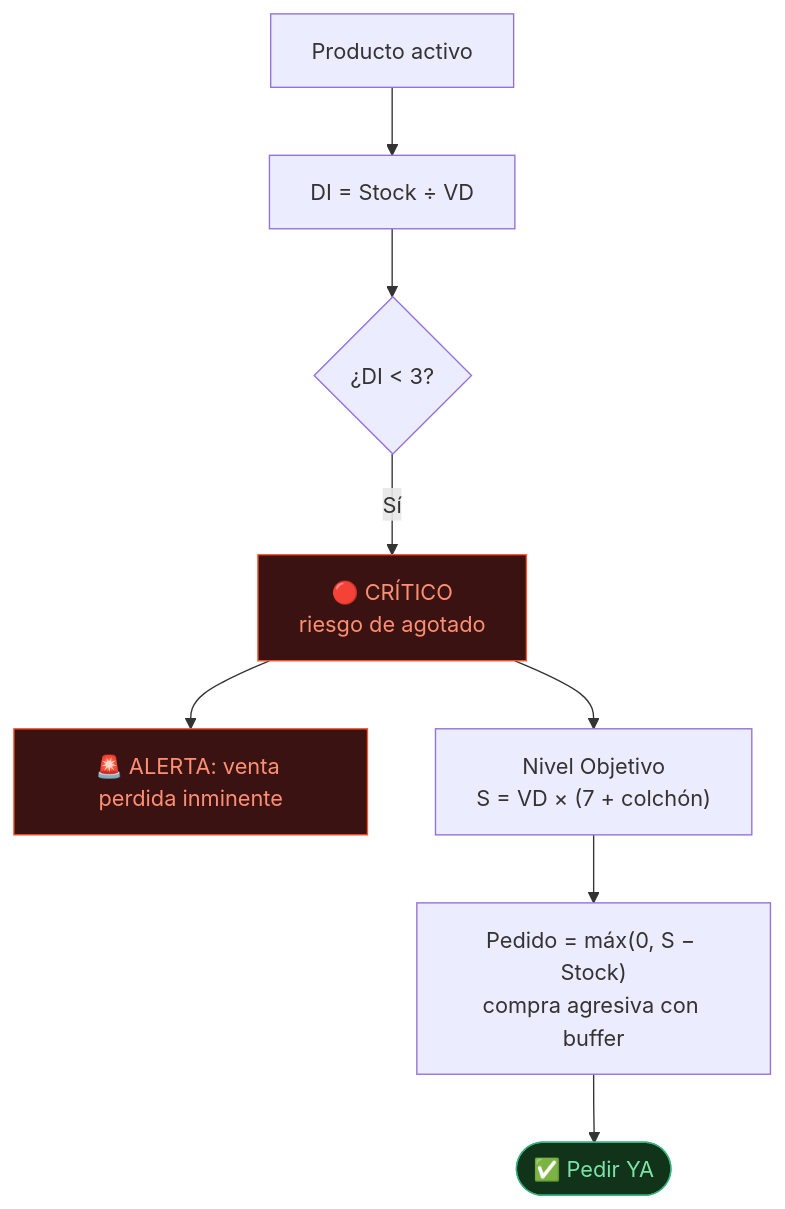
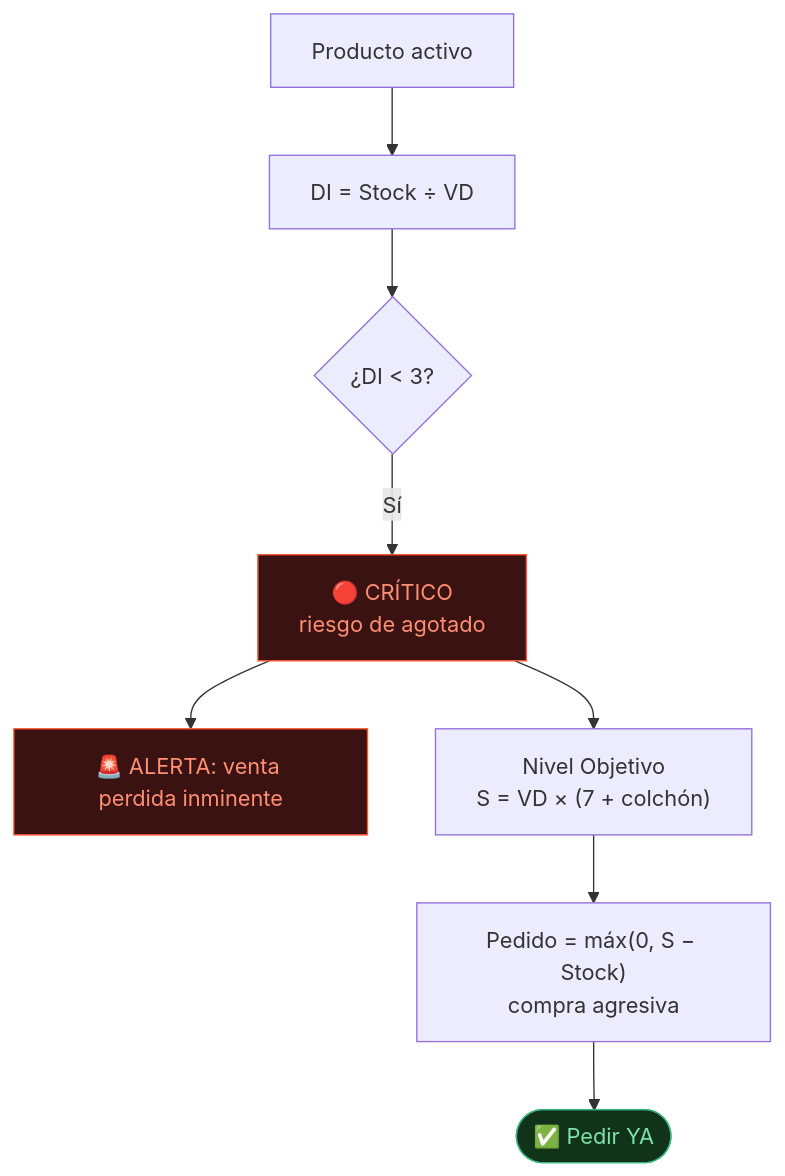
Before and after one commit to luis-fer-va/sugerencia-pedidos: the third of 3 diagrams in docs/3_logica_de_negocio.md, drawn with Mermaid. The commit also changed other lines of this file and 3 other files, not shown here.

````diff
--- a/docs/3_logica_de_negocio.md
+++ b/docs/3_logica_de_negocio.md
@@ -90,13 +89,13 @@
 ```mermaid
 graph TD
     A[Producto activo] --> B["DI = Stock ÷ VD"]
     B --> C{"¿DI < 3?"}
     C -->|Sí| D["🔴 CRÍTICO<br/>riesgo de agotado"]
     D --> E["🚨 ALERTA: venta perdida inminente"]
     D --> F["Nivel Objetivo<br/>S = VD × (7 + colchón)"]
-    F --> G["Pedido = máx(0, S − Stock)<br/>compra agresiva con buffer"]
+    F --> G["Pedido = máx(0, S − Stock)<br/>compra agresiva"]
     G --> H(["✅ Pedir YA"])
     style D fill:#3a1212,stroke:#ff5630,color:#ff8f73
     style E fill:#3a1212,stroke:#ff5630,color:#ff8f73
     style H fill:#10331a,stroke:#36b37e,color:#7ee2a8
 ```
````
